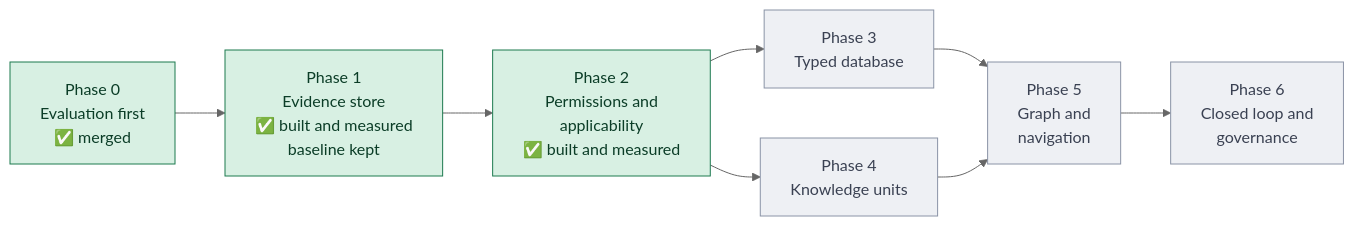
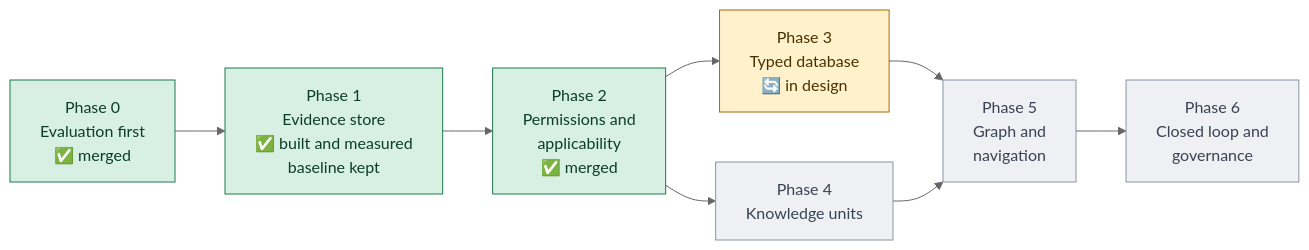
One commit to GaryTang32/agent-data-retrieval changed the diagram in README.md. Above: the diagram before and after it, drawn with Mermaid (neutral theme). The commit also changed other lines of this file and 1 other file, not shown here.

First line of the commit message:
Status page and README: Phase 2 merged (#7); Phase 3 in design

````diff
--- a/README.md
+++ b/README.md
@@ -45,19 +45,20 @@
 ```mermaid
 flowchart LR
     P0["Phase 0<br/>Evaluation first<br/>✅ merged"]
     P1["Phase 1<br/>Evidence store<br/>✅ built and measured<br/>baseline kept"]
-    P2["Phase 2<br/>Permissions and<br/>applicability<br/>✅ built and measured"]
-    P3["Phase 3<br/>Typed database"]
+    P2["Phase 2<br/>Permissions and<br/>applicability<br/>✅ merged"]
+    P3["Phase 3<br/>Typed database<br/>🔄 in design"]
     P4["Phase 4<br/>Knowledge units"]
     P5["Phase 5<br/>Graph and<br/>navigation"]
     P6["Phase 6<br/>Closed loop and<br/>governance"]
     P0 --> P1 --> P2
     P2 --> P3 --> P5
     P2 --> P4 --> P5
     P5 --> P6
     classDef done fill:#d8f0e3,stroke:#1d7a4f,color:#0b3d27
     classDef active fill:#fff1cc,stroke:#a86b00,color:#4a3000
     classDef todo fill:#eef0f4,stroke:#8a93a6,color:#3a4152
     class P0,P1,P2 done
-    class P3,P4,P5,P6 todo
+    class P3 active
+    class P4,P5,P6 todo
 ```
````
